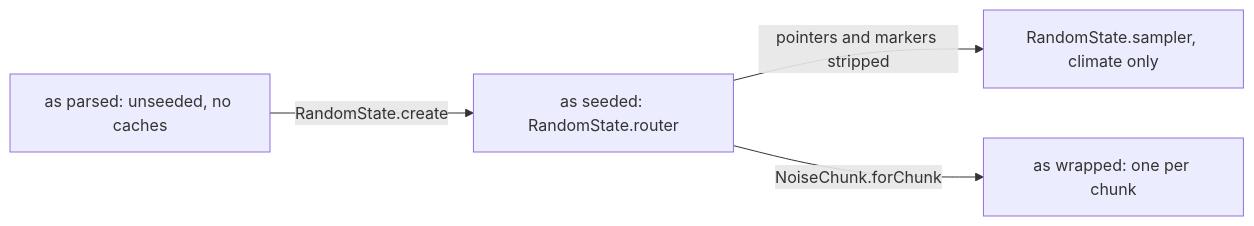
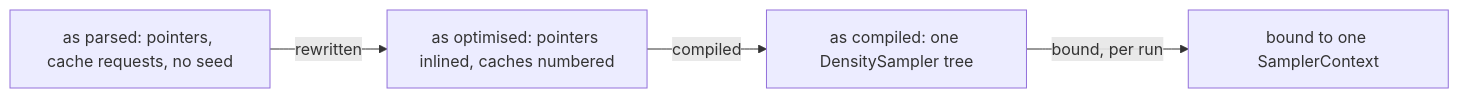
Before and after one commit to AlexanderjFraser/MinecraftDocs: the diagram in src/systems/worldgen/density-functions.md, drawn with Mermaid. The commit also changed other lines of this file and 68 other files, not shown here.

````diff
--- a/src/systems/worldgen/density-functions.md
+++ b/src/systems/worldgen/density-functions.md
@@ -61,6 +65,6 @@
 ```mermaid
 flowchart LR
-    P["as parsed: unseeded, no caches"] -->|"RandomState.create"| S["as seeded: RandomState.router"]
-    S -->|"pointers and markers stripped"| C["RandomState.sampler, climate only"]
-    S -->|"NoiseChunk.forChunk"| W["as wrapped: one per chunk"]
+    P["as parsed: pointers, cache requests, no seed"] -->|"rewritten"| O["as optimised: pointers inlined, caches numbered"]
+    O -->|"compiled"| C["as compiled: one DensitySampler tree"]
+    C -->|"bound, per run"| B["bound to one SamplerContext"]
 ```
````
